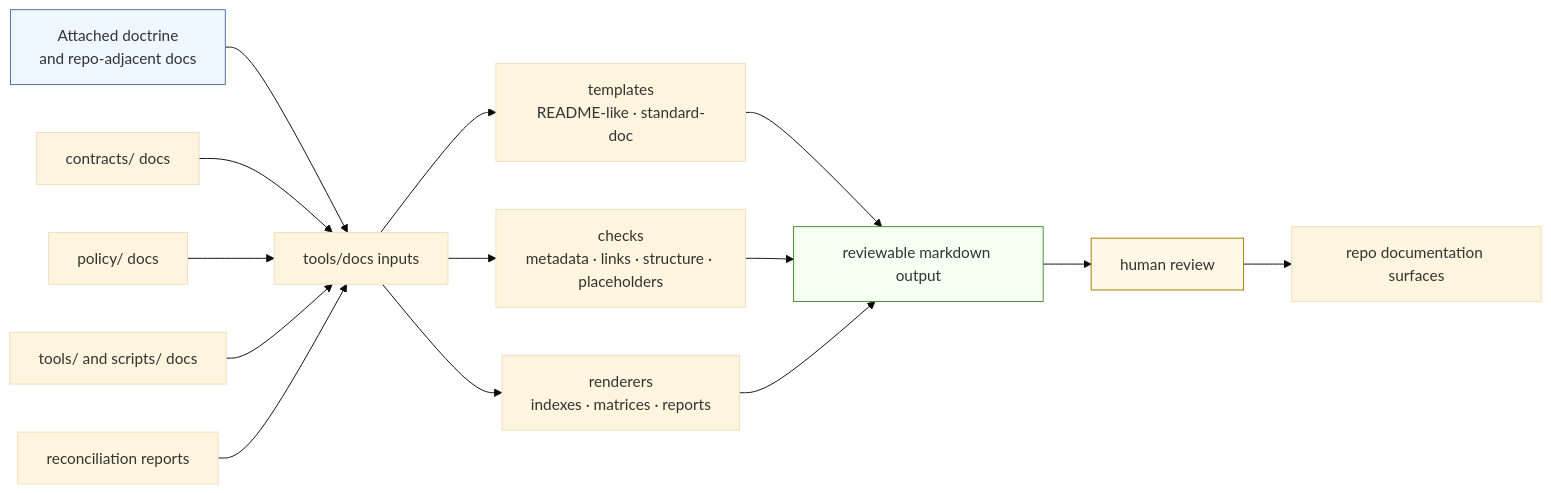
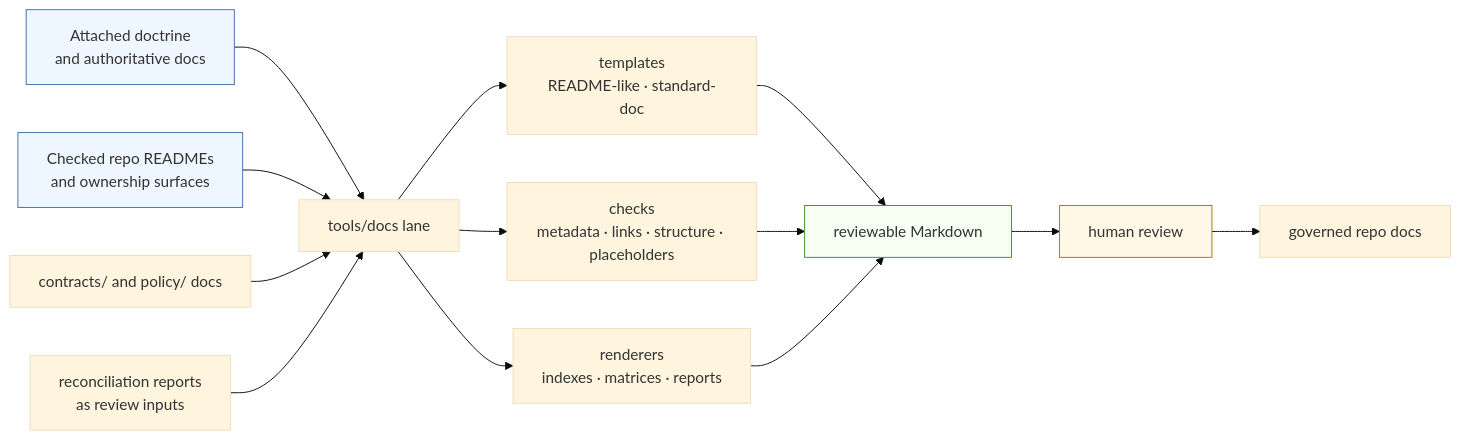
Before and after one commit to bartytime4life/Kansas-Frontier-Matrix: the diagram in tools/docs/README.md, drawn with Mermaid (base theme). The commit also changed other lines of this file, not shown here.

````diff
--- a/tools/docs/README.md
+++ b/tools/docs/README.md
@@ -263,23 +311,23 @@
 ```mermaid
 flowchart LR
-    A[Attached doctrine<br/>and repo-adjacent docs] --> B[tools/docs inputs]
-    C[contracts/ docs] --> B
-    D[policy/ docs] --> B
-    E[tools/ and scripts/ docs] --> B
-    F[reconciliation reports] --> B
+    A[Attached doctrine<br/>and authoritative docs] --> B[tools/docs lane]
+    C[Checked repo READMEs<br/>and ownership surfaces] --> B
+    D[contracts/ and policy/ docs] --> B
+    E[reconciliation reports<br/>as review inputs] --> B
 
-    B --> G[templates<br/>README-like · standard-doc]
-    B --> H[checks<br/>metadata · links · structure · placeholders]
-    B --> I[renderers<br/>indexes · matrices · reports]
+    B --> F[templates<br/>README-like · standard-doc]
+    B --> G[checks<br/>metadata · links · structure · placeholders]
+    B --> H[renderers<br/>indexes · matrices · reports]
 
-    G --> J[reviewable markdown output]
-    H --> J
-    I --> J
+    F --> I[reviewable Markdown]
+    G --> I
+    H --> I
 
-    J --> K[human review]
-    K --> L[repo documentation surfaces]
+    I --> J[human review]
+    J --> K[governed repo docs]
 
     style A fill:#eef6ff,stroke:#4a6fa5
-    style J fill:#f5fff2,stroke:#4d8b31
-    style K fill:#fff8e6,stroke:#a67c00
+    style C fill:#eef6ff,stroke:#4a6fa5
+    style I fill:#f5fff2,stroke:#4d8b31
+    style J fill:#fff8e6,stroke:#a67c00
 ```
````
